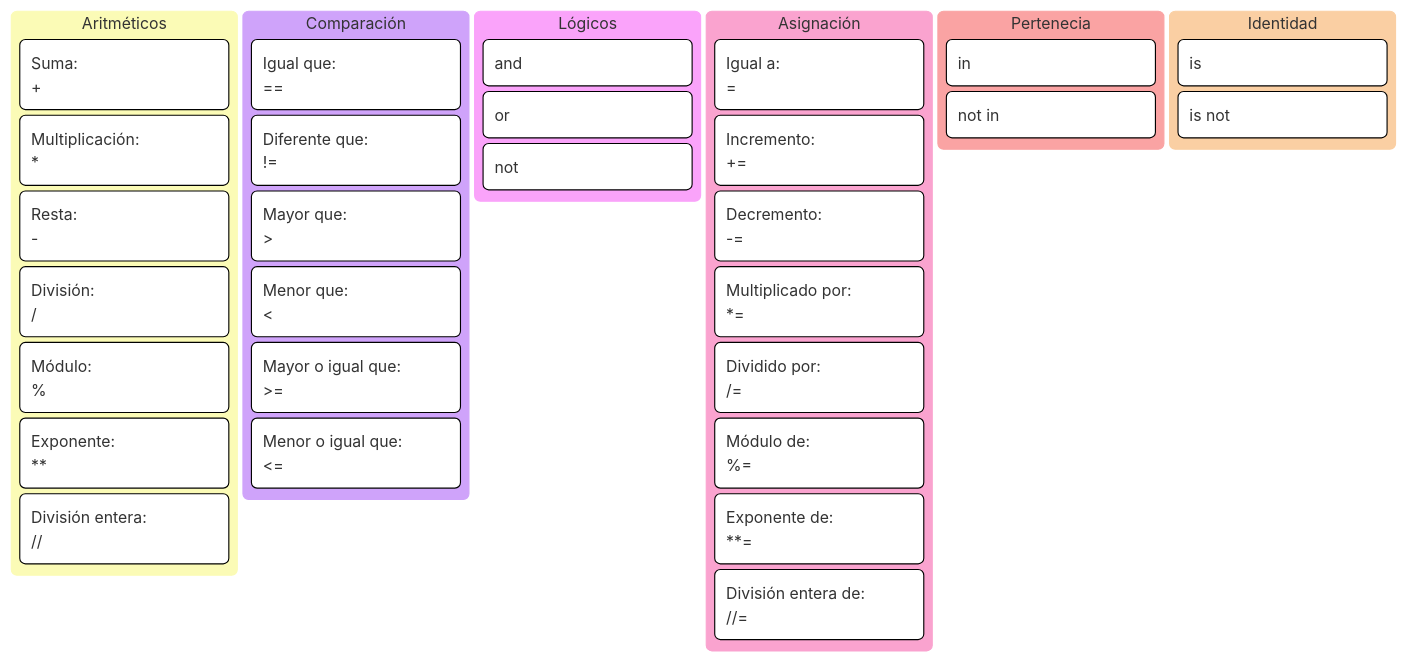
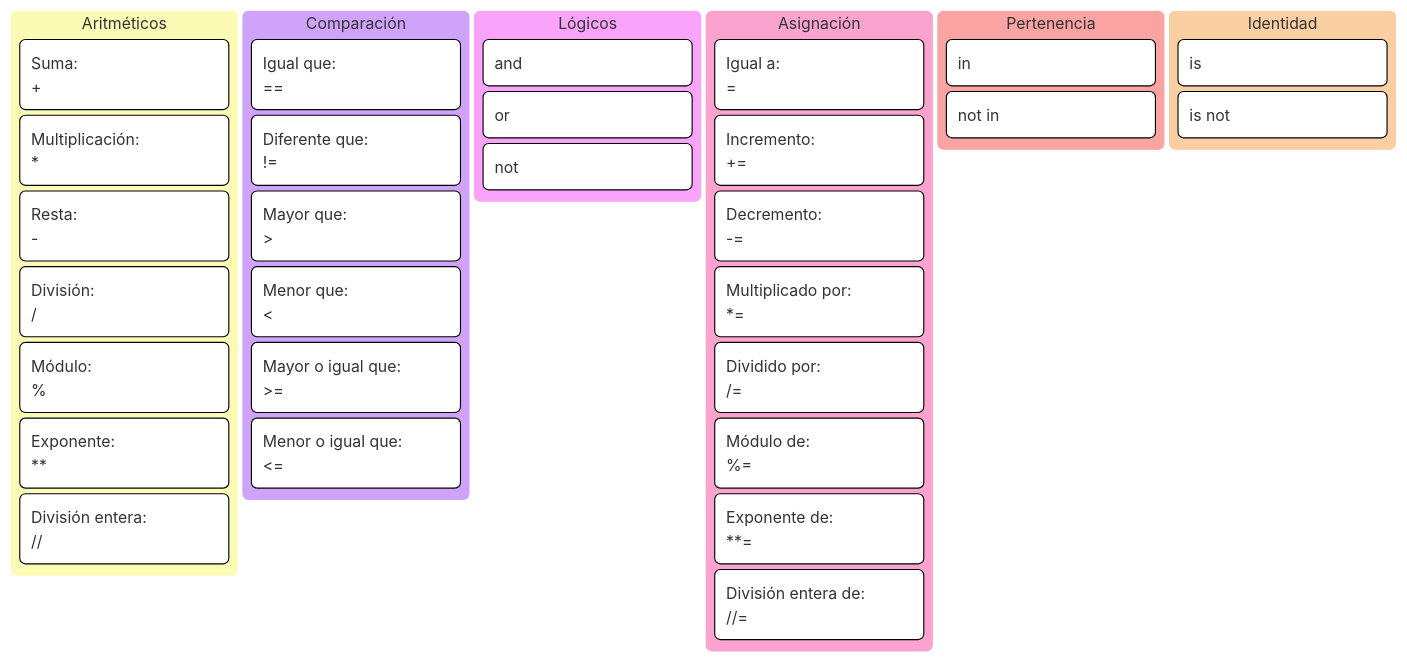
One commit to javieregeablasco/Apuntes changed the diagram in docs/SMX/SMX_2/Opt_Python/03_Python_Basico.md. Above: the diagram before and after it, drawn with Mermaid. The commit also changed other lines of this file and 16 other files, not shown here.

````diff
--- a/docs/SMX/SMX_2/Opt_Python/03_Python_Basico.md
+++ b/docs/SMX/SMX_2/Opt_Python/03_Python_Basico.md
@@ -717,48 +717,48 @@
 ```mermaid
 ---
 config:
   kanban:
     ticketBaseUrl: 'https://org.atlassian.net/browse/#TICKET#'
   theme: neo  
 ---
 kanban
   [Aritméticos]
     [Suma: <br> +]
     [Multiplicación: <br> *]
     [Resta: <br> -]
     [División: <br> /]
     [Módulo: <br> %]
     [Exponente: <br> **]
     [División entera: <br> //]
     
   [Comparación]
     [Igual que:  <br> ==]
     [Diferente que: <br> !=]
     [Mayor que: <br> >]
     [Menor que: <br> <]
     [Mayor o igual que: <br> >=]
     [Menor o igual que: <br> <=]
 
   [Lógicos]
     [and]
     [or]
     [not]
 
   [Asignación]
     [Igual a: <br> =]
     [Incremento: <br> +=]
     [Decremento: <br> -=]
     [Multiplicado por: <br> *=]
     [Dividido por: <br> /=]
     [Módulo de: <br> %=]
     [Exponente de: <br> **=]
     [División entera de: <br> //=]
 
-  [Pertenecia]
+  [Pertenencia]
     [in]
     [not in]
   
   [Identidad]
     [is]
     [is not]
 ``` 
````
